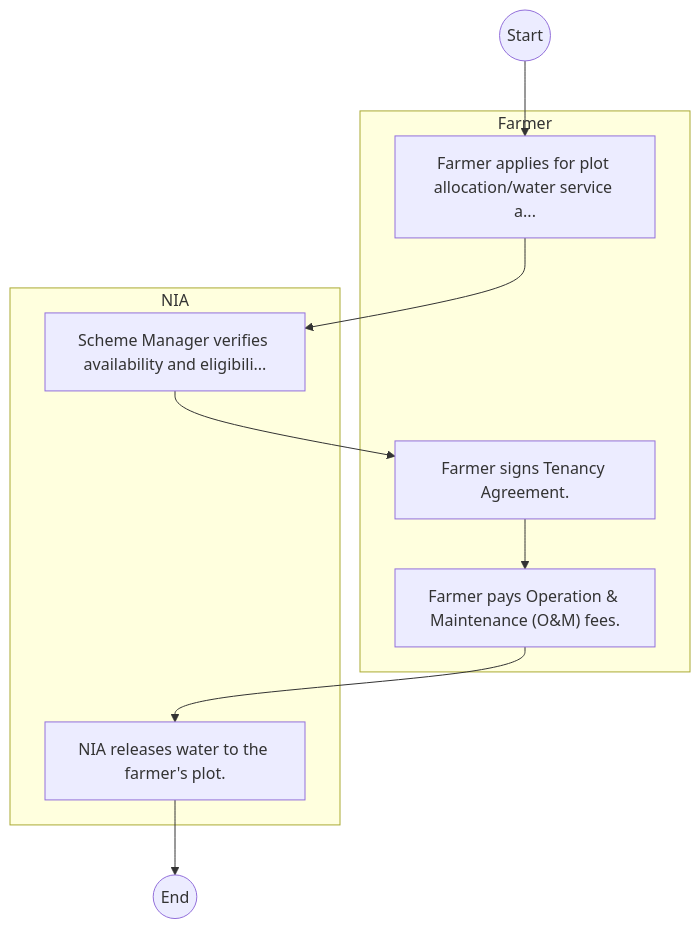
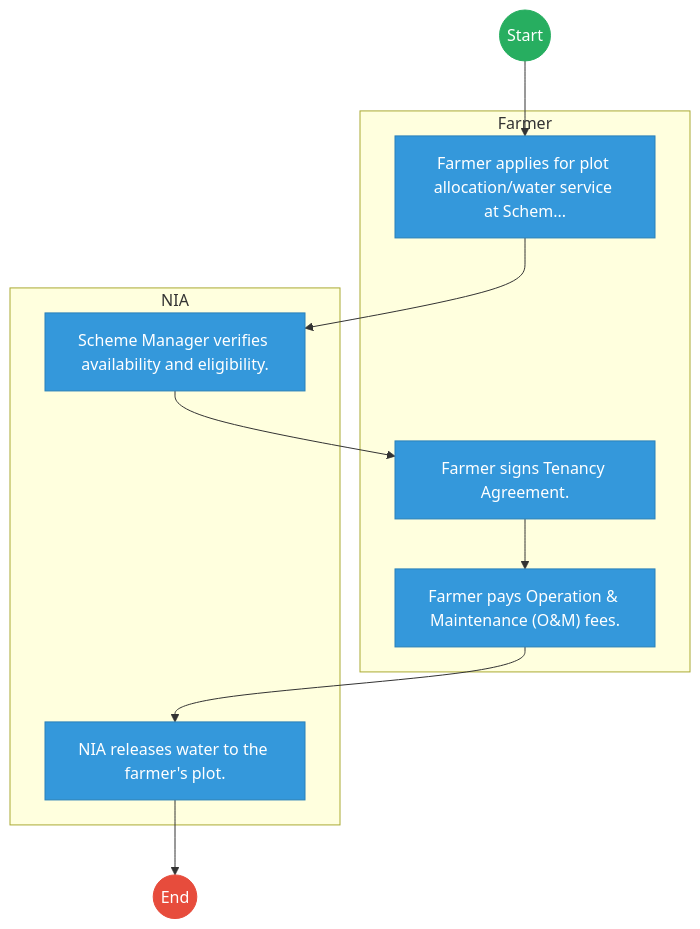
One commit to BITZ-IT-Consulting-LTD/ictapoc changed the first of 2 diagrams in mdas/docs_final/National_Irrigation_Authority___Service_Delivery.md. Above: the diagram before and after it, drawn with Mermaid. The commit also changed other lines of this file and 461 other files, not shown here.

````diff
--- a/mdas/docs_final/National_Irrigation_Authority___Service_Delivery.md
+++ b/mdas/docs_final/National_Irrigation_Authority___Service_Delivery.md
@@ -20,18 +20,29 @@
 ```mermaid
 graph TD
     Start((Start)) --> S1
+
     subgraph Farmer [Farmer]
-        S1["Farmer applies for plot allocation/water service a..."]
+        S1["Farmer applies for plot allocation/water service at Schem..."]
         S3["Farmer signs Tenancy Agreement."]
         S4["Farmer pays Operation & Maintenance (O&M) fees."]
     end
+
     subgraph NIA [NIA]
-        S2["Scheme Manager verifies availability and eligibili..."]
+        S2["Scheme Manager verifies availability and eligibility."]
         S5["NIA releases water to the farmer's plot."]
     end
     S1 --> S2
     S2 --> S3
     S3 --> S4
     S4 --> S5
     S5 --> End((End))
+
+    classDef start fill:#27ae60,stroke:#27ae60,color:#fff;
+    classDef endNode fill:#e74c3c,stroke:#e74c3c,color:#fff;
+    classDef userTask fill:#3498db,stroke:#2980b9,color:#fff;
+    classDef serviceTask fill:#9b59b6,stroke:#8e44ad,color:#fff;
+
+    class Start start;
+    class End endNode;
+    class S1,S2,S3,S4,S5 userTask;
 ```
````
